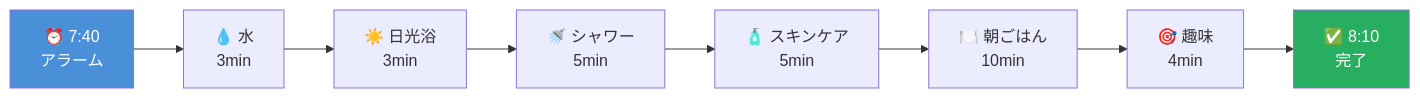
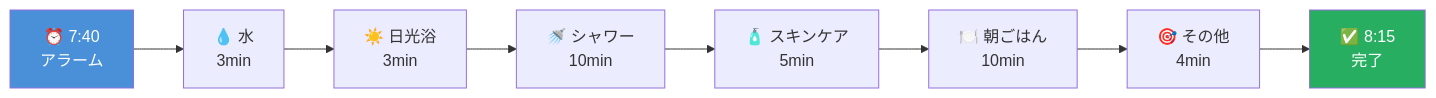
The first of 12 diagrams in 朝ルーティン定着化プロジェクト.md (iharak058070-afk/test), drawn with Mermaid before and after one commit. The commit also changed other lines of this file, not shown here.

First line of the commit message:
Update 朝ルーティン: シャワー10min化・趣味→その他（ミッション確認+1曲）に変更

````diff
--- a/朝ルーティン定着化プロジェクト.md
+++ b/朝ルーティン定着化プロジェクト.md
@@ -17,13 +17,13 @@
 ```mermaid
 flowchart LR
     A["⏰ 7:40\nアラーム"] --> B["💧 水\n3min"]
     B --> C["☀️ 日光浴\n3min"]
-    C --> D["🚿 シャワー\n5min"]
+    C --> D["🚿 シャワー\n10min"]
     D --> E["🧴 スキンケア\n5min"]
     E --> F["🍽️ 朝ごはん\n10min"]
-    F --> G["🎯 趣味\n4min"]
-    G --> H["✅ 8:10\n完了"]
+    F --> G["🎯 その他\n4min"]
+    G --> H["✅ 8:15\n完了"]
 
     style A fill:#4a90d9,color:#fff
     style H fill:#27ae60,color:#fff
 ```
````
